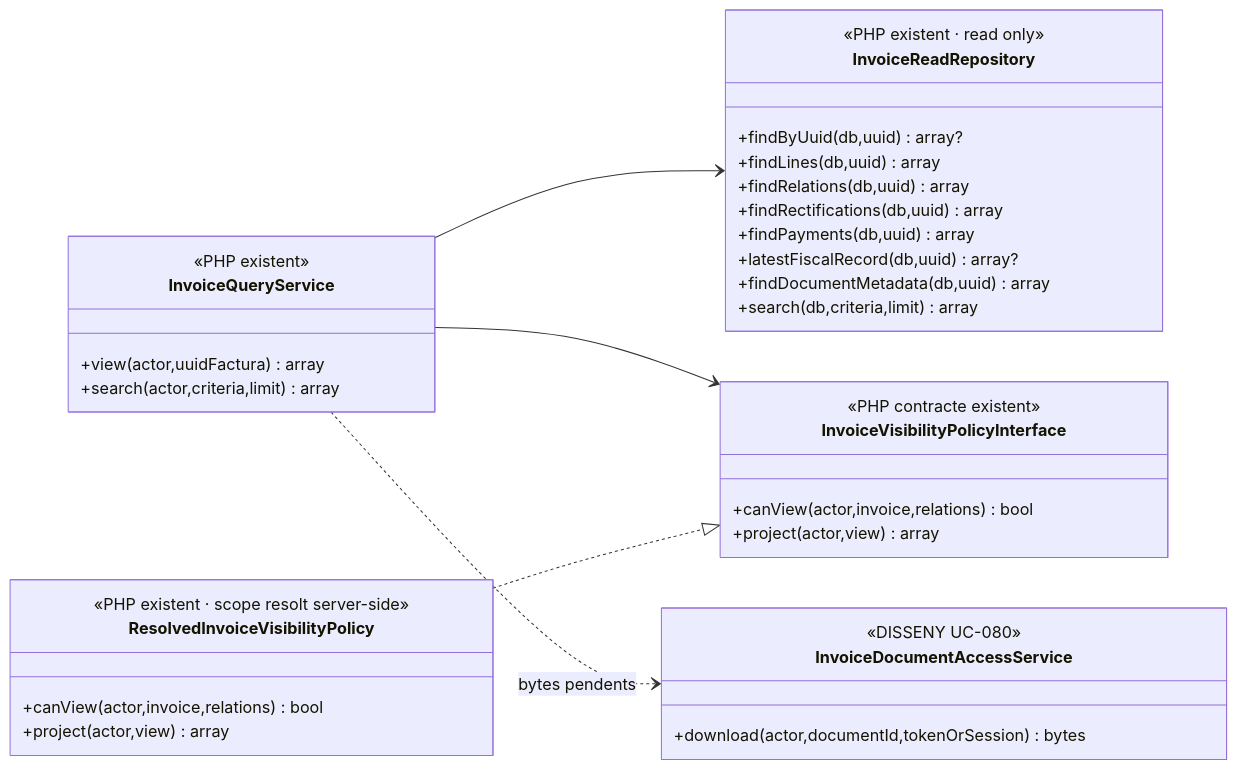
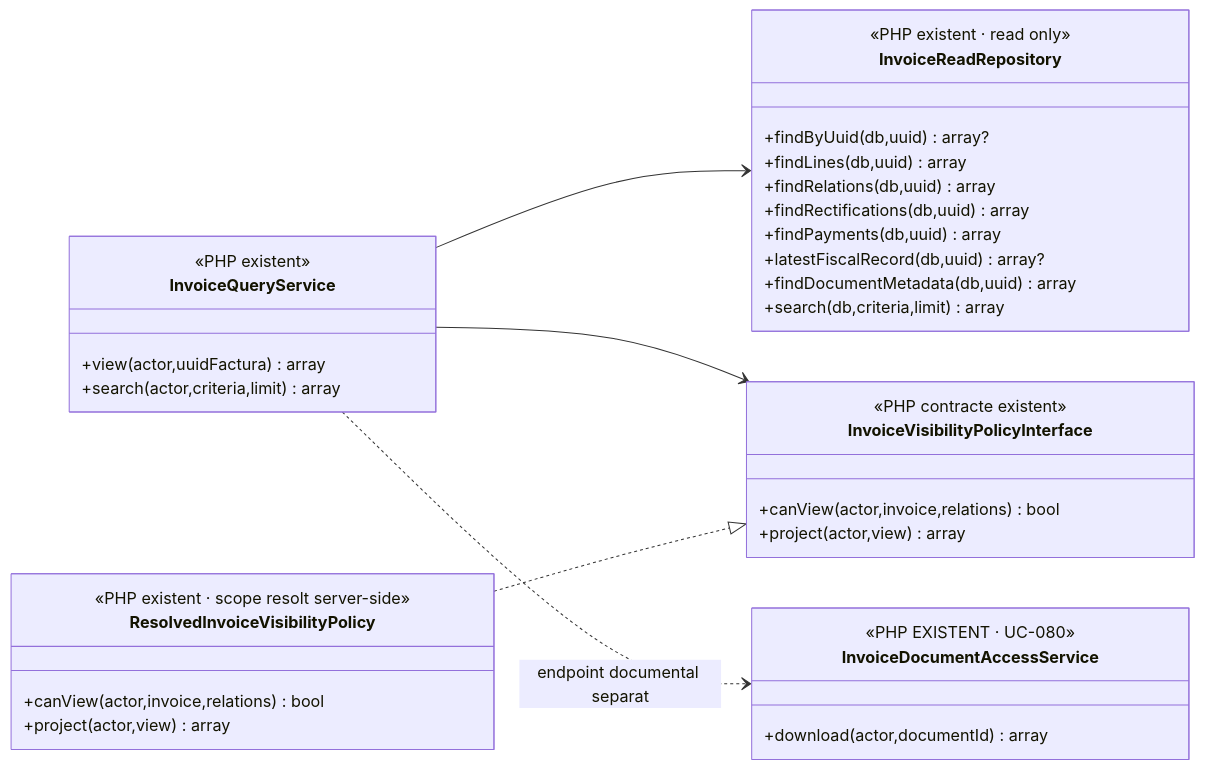
One commit to orgmeriemprismacat-del/verifactu changed diagram 16 of 28 in documentacio/07-uml-integrat/00-model-classes-general.md. Above: the diagram before and after it, drawn with Mermaid. The commit also changed other lines of this file, not shown here.

Commit message:
docs(classes): actualitzar UC-007 i UC-080 com a classes PHP existents

````diff
--- a/documentacio/07-uml-integrat/00-model-classes-general.md
+++ b/documentacio/07-uml-integrat/00-model-classes-general.md
@@ -763,38 +763,38 @@
 ```mermaid
 classDiagram
 direction LR
 class InvoiceQueryService {
  <<PHP existent>>
  +view(actor,uuidFactura) array
  +search(actor,criteria,limit) array
 }
 class InvoiceReadRepository {
  <<PHP existent · read only>>
  +findByUuid(db,uuid) array?
  +findLines(db,uuid) array
  +findRelations(db,uuid) array
  +findRectifications(db,uuid) array
  +findPayments(db,uuid) array
  +latestFiscalRecord(db,uuid) array?
  +findDocumentMetadata(db,uuid) array
  +search(db,criteria,limit) array
 }
 class InvoiceVisibilityPolicyInterface {
  <<PHP contracte existent>>
  +canView(actor,invoice,relations) bool
  +project(actor,view) array
 }
 class ResolvedInvoiceVisibilityPolicy {
  <<PHP existent · scope resolt server-side>>
  +canView(actor,invoice,relations) bool
  +project(actor,view) array
 }
 class InvoiceDocumentAccessService {
- <<DISSENY UC-080>>
- +download(actor,documentId,tokenOrSession) bytes
+ <<PHP EXISTENT · UC-080>>
+ +download(actor,documentId) array
 }
 InvoiceQueryService --> InvoiceReadRepository
 InvoiceQueryService --> InvoiceVisibilityPolicyInterface
 ResolvedInvoiceVisibilityPolicy ..|> InvoiceVisibilityPolicyInterface
-InvoiceQueryService ..> InvoiceDocumentAccessService : bytes pendents
+InvoiceQueryService ..> InvoiceDocumentAccessService : endpoint documental separat
 ```
````
